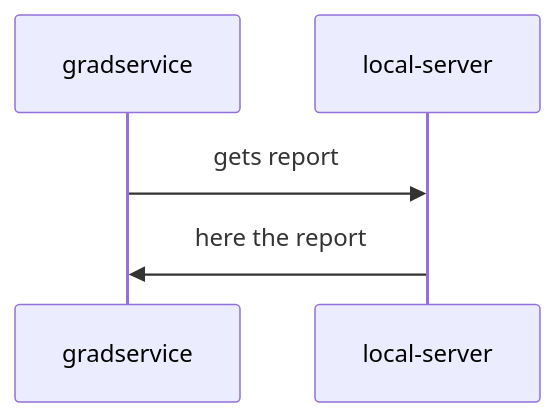
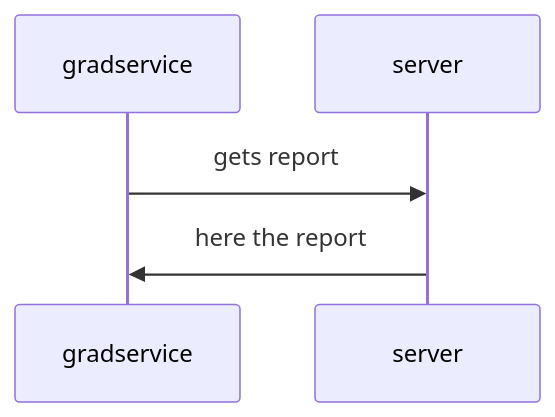
One commit to sharon-keane1/GraduateAssessmentProject changed the first of 2 diagrams in README.MD. Above: the diagram before and after it, drawn with Mermaid. The commit also changed other lines of this file, not shown here.

````diff
--- a/README.MD
+++ b/README.MD
@@ -29,5 +10,5 @@
 ```mermaid
 sequenceDiagram
-gradservice ->> local-server: gets report 
-local-server ->> gradservice: here the report
+gradservice ->> server: gets report 
+server ->> gradservice: here the report
 ```
````
